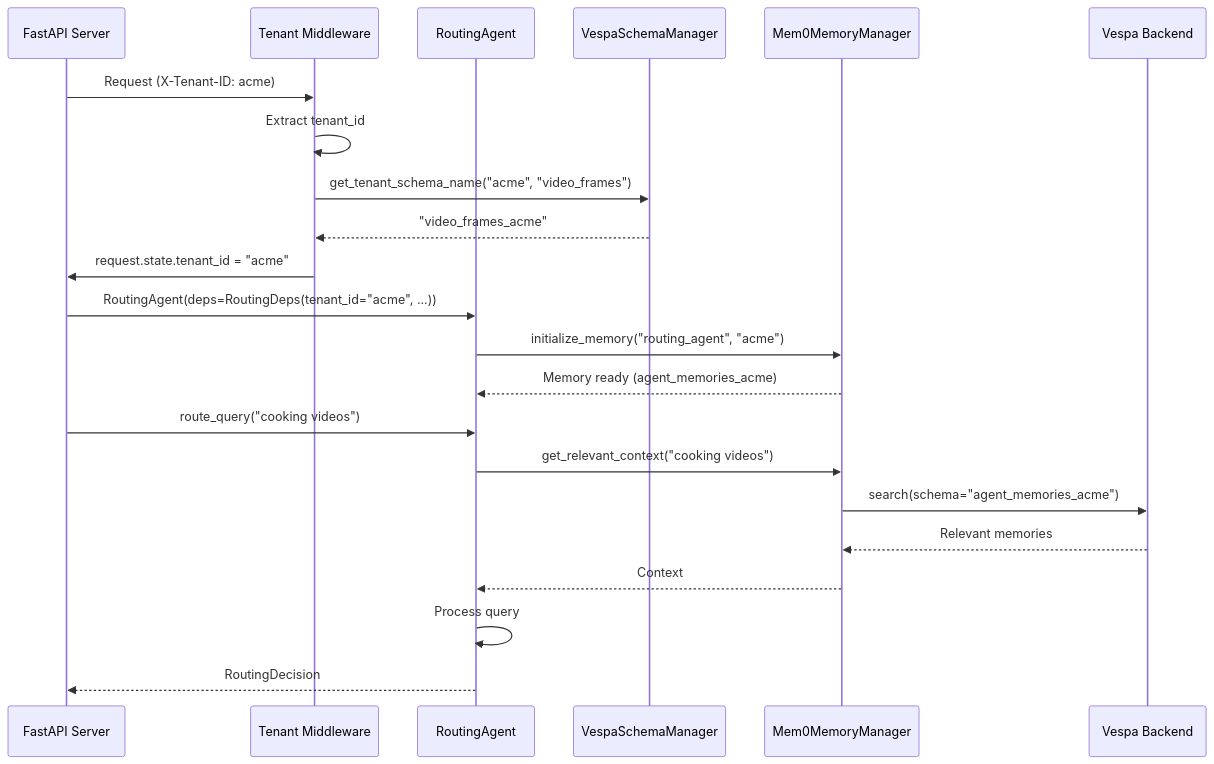
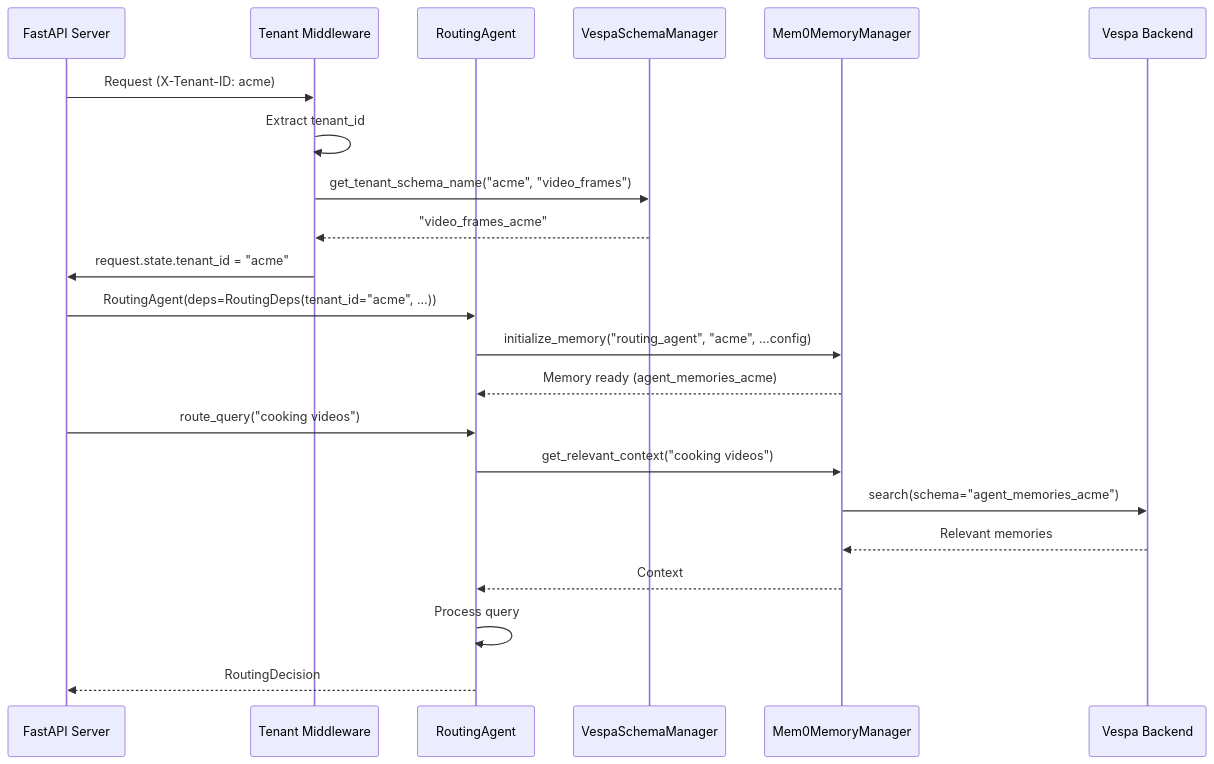
Before and after one commit to amit-jain/cogniverse: diagram 14 of 20 in docs/modules/agents.md, drawn with Mermaid. The commit also changed other lines of this file and 33 other files, not shown here.

````diff
--- a/docs/modules/agents.md
+++ b/docs/modules/agents.md
@@ -2943,27 +2958,27 @@
 ```mermaid
 sequenceDiagram
     participant API as FastAPI Server
     participant Middleware as Tenant Middleware
     participant Agent as RoutingAgent
     participant SchemaManager as VespaSchemaManager
     participant Memory as Mem0MemoryManager
     participant Vespa as Vespa Backend
 
     API->>Middleware: Request (X-Tenant-ID: acme)
     Middleware->>Middleware: Extract tenant_id
     Middleware->>SchemaManager: get_tenant_schema_name("acme", "video_frames")
     SchemaManager-->>Middleware: "video_frames_acme"
     Middleware->>API: request.state.tenant_id = "acme"
 
     API->>Agent: RoutingAgent(deps=RoutingDeps(tenant_id="acme", ...))
-    Agent->>Memory: initialize_memory("routing_agent", "acme")
+    Agent->>Memory: initialize_memory("routing_agent", "acme", ...config)
     Memory-->>Agent: Memory ready (agent_memories_acme)
 
     API->>Agent: route_query("cooking videos")
     Agent->>Memory: get_relevant_context("cooking videos")
     Memory->>Vespa: search(schema="agent_memories_acme")
     Vespa-->>Memory: Relevant memories
     Memory-->>Agent: Context
     Agent->>Agent: Process query
     Agent-->>API: RoutingDecision
 ```
````
